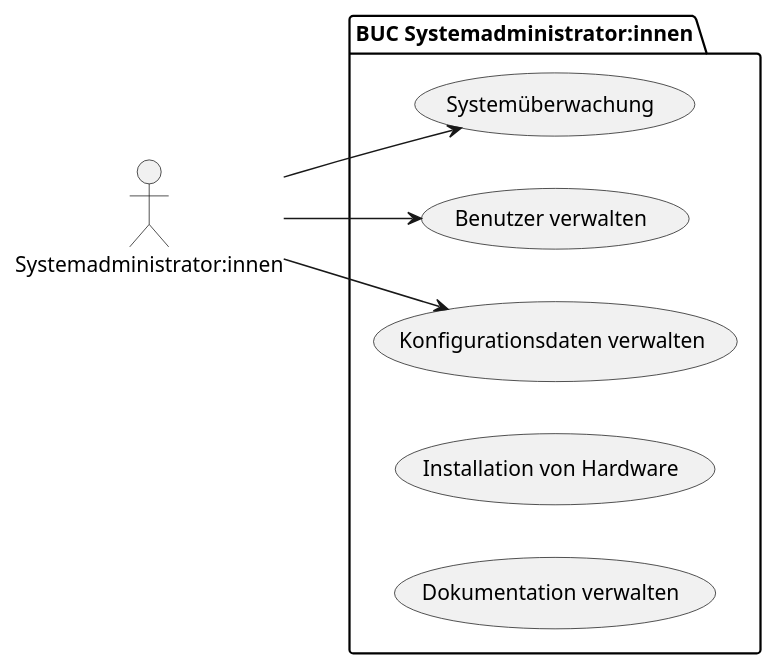
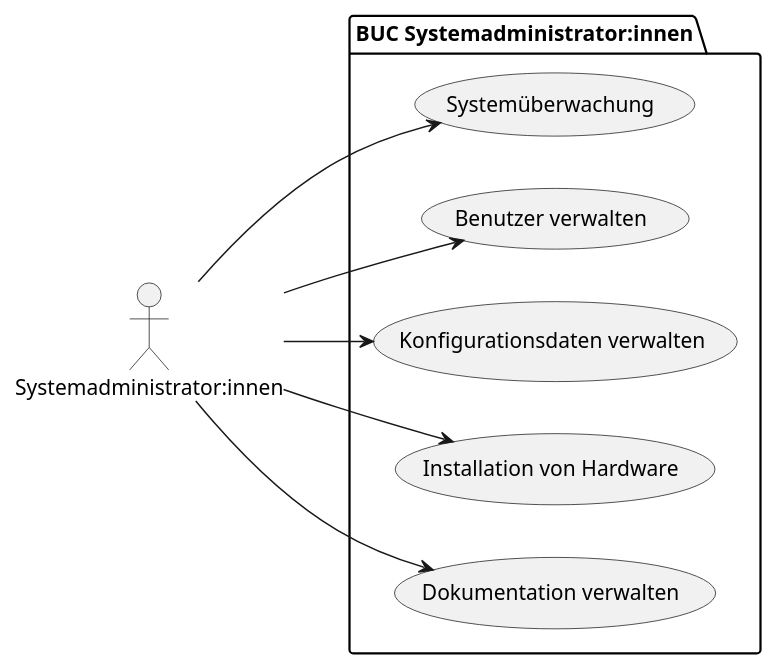
One commit to helenlaible/ss23-kba-project changed the second of 9 diagrams in docs/2_planning/1_business_use_cases.md. Above: the diagram before and after it, drawn with PlantUML. The commit also changed other lines of this file, not shown here.

````diff
--- a/docs/2_planning/1_business_use_cases.md
+++ b/docs/2_planning/1_business_use_cases.md
@@ -55,17 +55,19 @@
 ```plantuml BUC für Systemadministrator:innen
 left to right direction
 
 actor "Systemadministrator:innen" as g
 
 package "BUC Systemadministrator:innen" {
-  usecase "Systemüberwachung" as UC1
-  usecase "Benutzer verwalten" as UC2
-  usecase "Konfigurationsdaten verwalten" as UC3
-  usecase "Installation von Hardware" as UC4
-  usecase "Dokumentation verwalten" as UC5
+  (Systemüberwachung) as UC1
+  (Benutzer verwalten) as UC2
+  (Konfigurationsdaten verwalten) as UC3
+  (Installation von Hardware) as UC4
+  (Dokumentation verwalten) as UC5
 }
 
 g --> UC1
 g --> UC2
 g --> UC3
+g --> UC4
+g --> UC5
 ```
````
